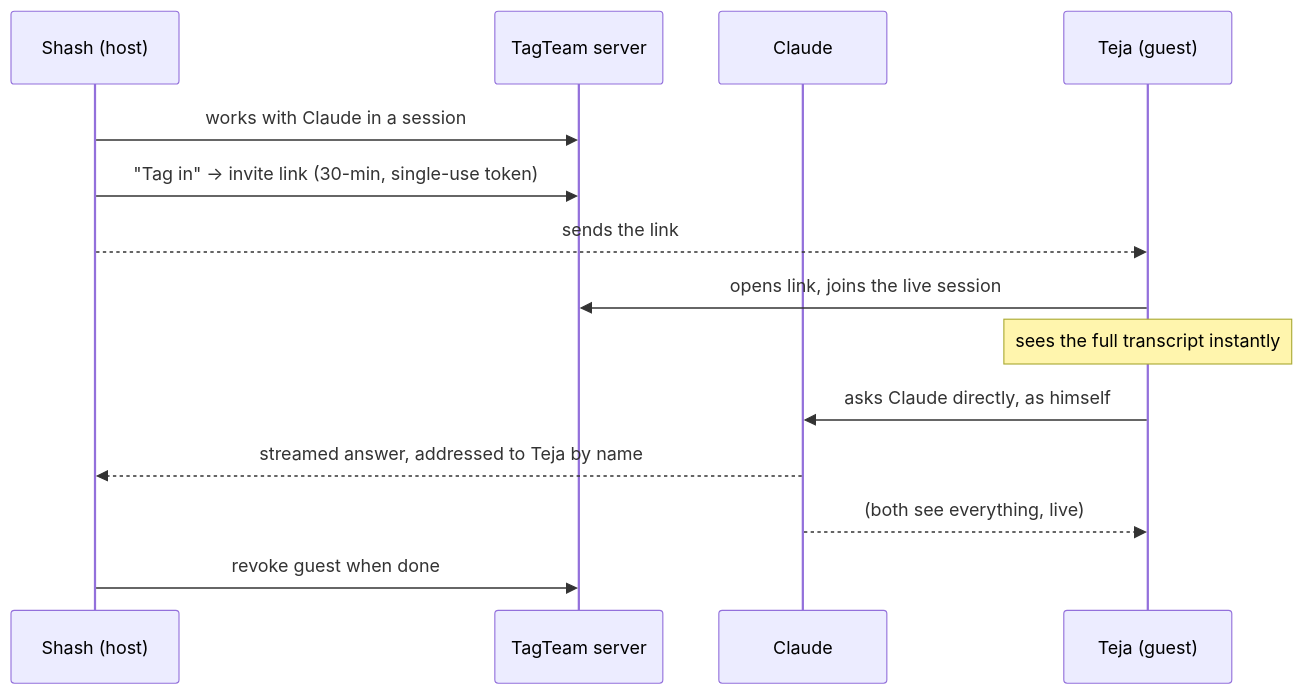
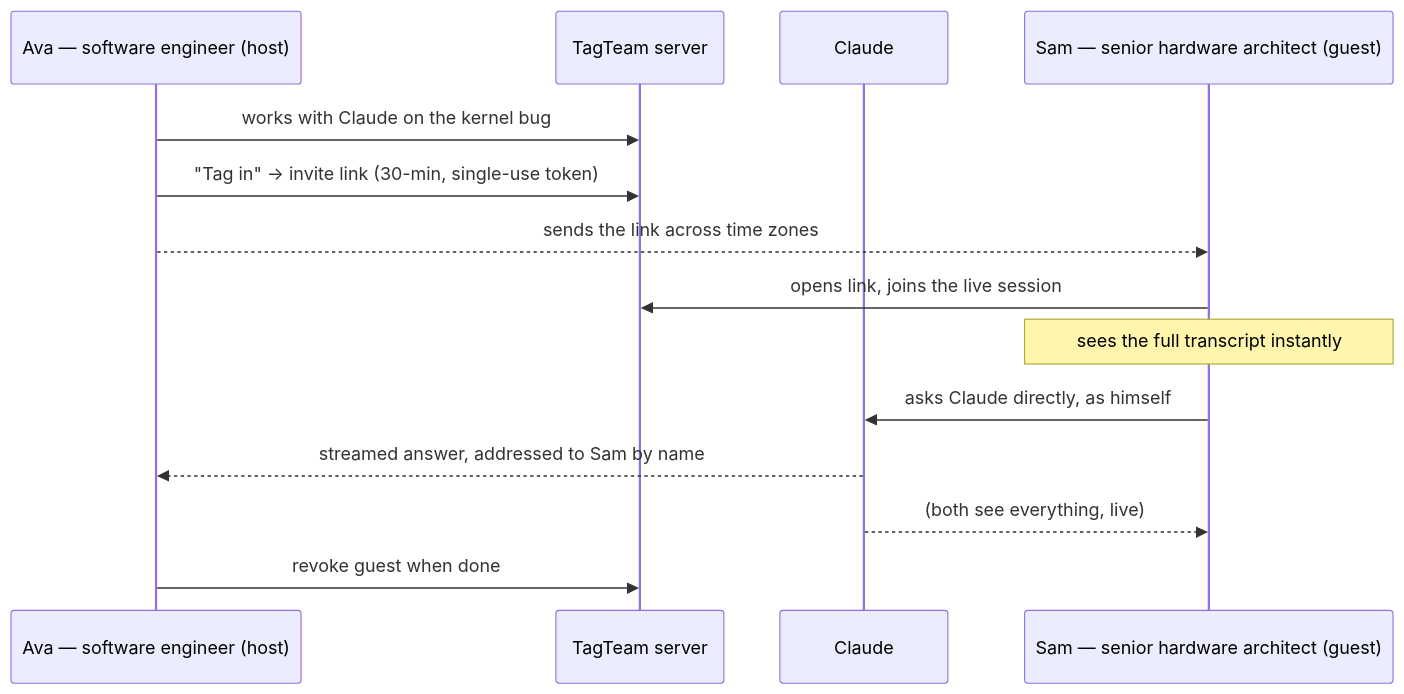
Before and after one commit to shashb27/tagteam: the second of 3 diagrams in docs/PITCH.md, drawn with Mermaid. The commit also changed other lines of this file and 6 other files, not shown here.

````diff
--- a/docs/PITCH.md
+++ b/docs/PITCH.md
@@ -34,16 +36,16 @@
 ```mermaid
 sequenceDiagram
-    participant S as Shash (host)
+    participant A as Ava — software engineer (host)
     participant TT as TagTeam server
     participant C as Claude
-    participant T as Teja (guest)
-    S->>TT: works with Claude in a session
-    S->>TT: "Tag in" → invite link (30-min, single-use token)
-    S-->>T: sends the link
-    T->>TT: opens link, joins the live session
-    Note over T: sees the full transcript instantly
-    T->>C: asks Claude directly, as himself
-    C-->>S: streamed answer, addressed to Teja by name
-    C-->>T: (both see everything, live)
-    S->>TT: revoke guest when done
+    participant S as Sam — senior hardware architect (guest)
+    A->>TT: works with Claude on the kernel bug
+    A->>TT: "Tag in" → invite link (30-min, single-use token)
+    A-->>S: sends the link across time zones
+    S->>TT: opens link, joins the live session
+    Note over S: sees the full transcript instantly
+    S->>C: asks Claude directly, as himself
+    C-->>A: streamed answer, addressed to Sam by name
+    C-->>S: (both see everything, live)
+    A->>TT: revoke guest when done
 ```
````
